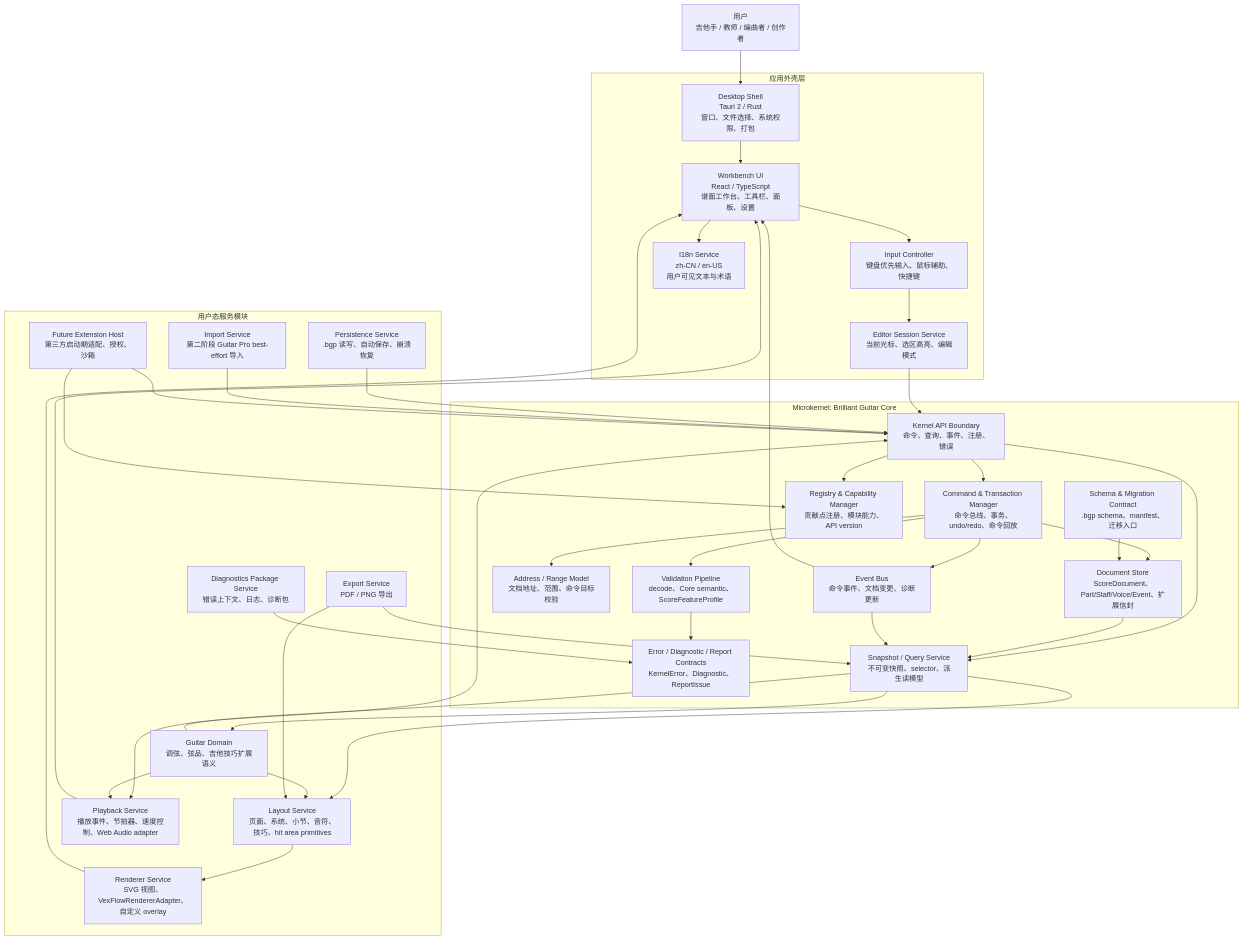
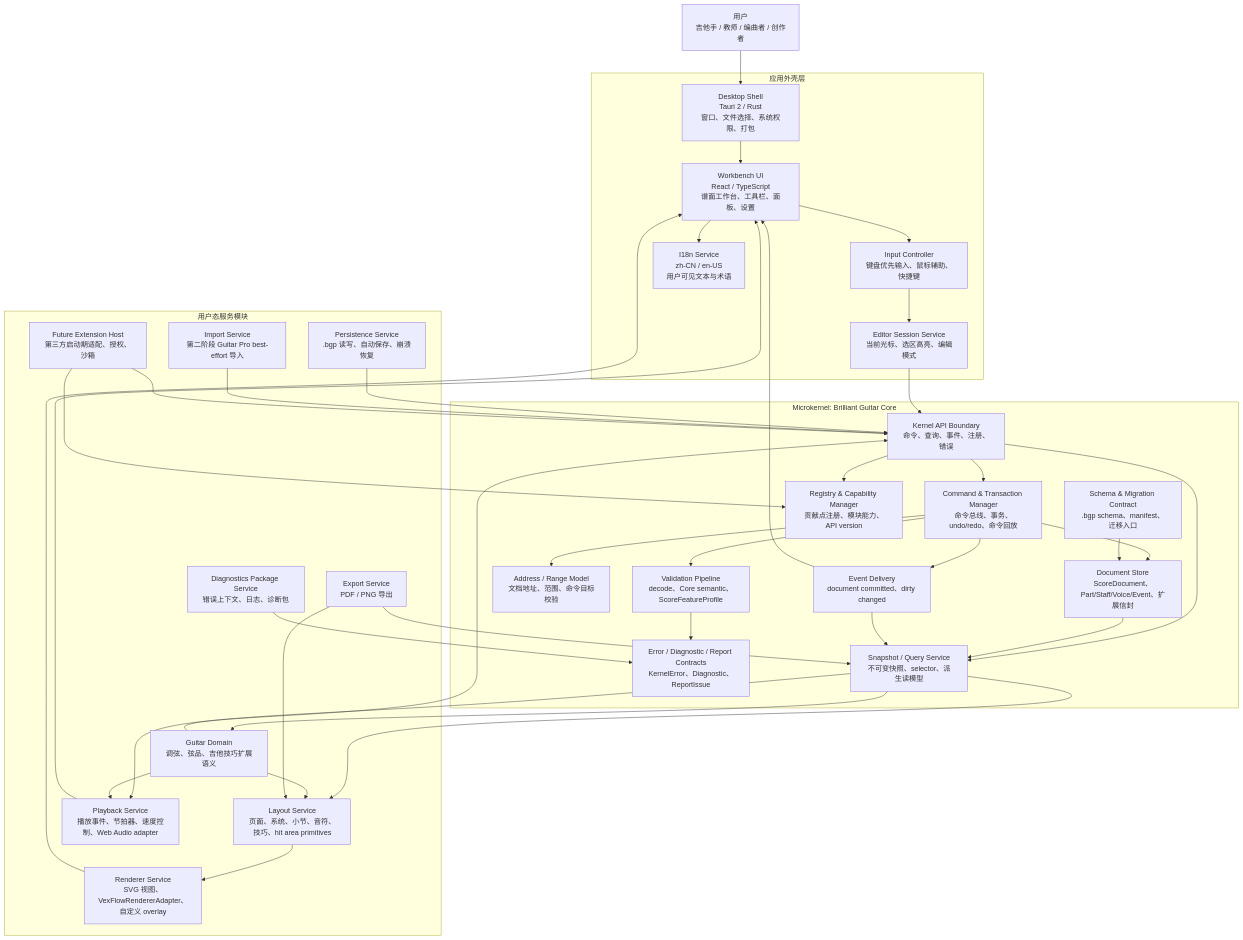
Before and after one commit to FFFAKKK/Brilliant-Guitar: the first of 3 diagrams in .trellis/tasks/06-29-commercial-guitar-tablature-product/technical/microkernel-architecture.md, drawn with Mermaid. The commit also changed other lines of this file and 21 other files, not shown here.

````diff
--- a/.trellis/tasks/06-29-commercial-guitar-tablature-product/technical/microkernel-architecture.md
+++ b/.trellis/tasks/06-29-commercial-guitar-tablature-product/technical/microkernel-architecture.md
@@ -335,68 +332,68 @@
 ```mermaid
 flowchart TB
   User["用户\n吉他手 / 教师 / 编曲者 / 创作者"]
 
   subgraph App["应用外壳层"]
     Shell["Desktop Shell\nTauri 2 / Rust\n窗口、文件选择、系统权限、打包"]
     UI["Workbench UI\nReact / TypeScript\n谱面工作台、工具栏、面板、设置"]
     Input["Input Controller\n键盘优先输入、鼠标辅助、快捷键"]
     EditorSession["Editor Session Service\n当前光标、选区高亮、编辑模式"]
     I18n["I18n Service\nzh-CN / en-US\n用户可见文本与术语"]
   end
 
   subgraph Kernel["Microkernel: Brilliant Guitar Core"]
     API["Kernel API Boundary\n命令、查询、事件、注册、错误"]
     Cmd["Command & Transaction Manager\n命令总线、事务、undo/redo、命令回放"]
     Doc["Document Store\nScoreDocument、Part/Staff/Voice/Event、扩展信封"]
     Address["Address / Range Model\n文档地址、范围、命令目标校验"]
     Validator["Validation Pipeline\ndecode、Core semantic、ScoreFeatureProfile"]
     Schema["Schema & Migration Contract\n.bgp schema、manifest、迁移入口"]
     Snapshot["Snapshot / Query Service\n不可变快照、selector、派生读模型"]
-    Events["Event Bus\n命令事件、文档变更、诊断更新"]
+    Events["Event Delivery\ndocument committed、dirty changed"]
     Registry["Registry & Capability Manager\n贡献点注册、模块能力、API version"]
     Reports["Error / Diagnostic / Report Contracts\nKernelError、Diagnostic、ReportIssue"]
   end
 
   subgraph Services["用户态服务模块"]
     Guitar["Guitar Domain\n调弦、弦品、吉他技巧扩展语义"]
     Layout["Layout Service\n页面、系统、小节、音符、技巧、hit area primitives"]
     Renderer["Renderer Service\nSVG 视图、VexFlowRendererAdapter、自定义 overlay"]
     Playback["Playback Service\n播放事件、节拍器、速度控制、Web Audio adapter"]
     Persistence["Persistence Service\n.bgp 读写、自动保存、崩溃恢复"]
     Exporter["Export Service\nPDF / PNG 导出"]
     Importer["Import Service\n第二阶段 Guitar Pro best-effort 导入"]
     ExtHost["Future Extension Host\n第三方启动期适配、授权、沙箱"]
     DiagnosticsSvc["Diagnostics Package Service\n错误上下文、日志、诊断包"]
   end
 
   User --> Shell --> UI
   UI --> Input --> EditorSession --> API
   UI --> I18n
 
   API --> Cmd
   API --> Snapshot
   API --> Registry
   Cmd --> Address
   Cmd --> Validator
   Cmd --> Doc
   Cmd --> Events
   Doc --> Snapshot
   Schema --> Doc
   Validator --> Reports
   Events --> Snapshot
 
   Snapshot --> Layout --> Renderer --> UI
   Snapshot --> Playback --> UI
   Snapshot --> Guitar
   Guitar --> API
   Guitar --> Layout
   Guitar --> Playback
   Persistence --> API
   Exporter --> Snapshot
   Exporter --> Layout
   Importer --> API
   ExtHost --> Registry
   ExtHost --> API
   DiagnosticsSvc --> Reports
   Events --> UI
 ```
````
